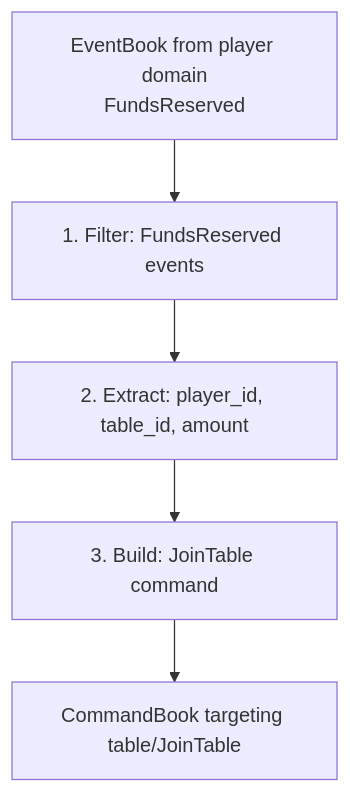
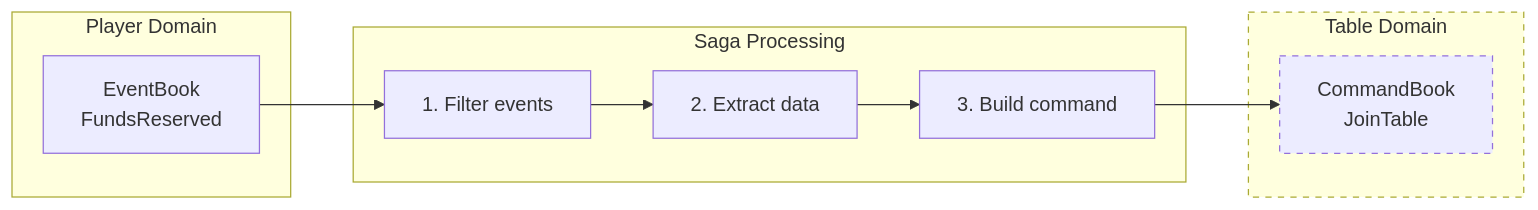
The diagram in docs/docs/components/saga.mdx (benjaminabbitt/angzarr), drawn with Mermaid before and after one commit. The commit also changed other lines of this file and 1 other file, not shown here.

Commit message:
Add dashed target domain to saga diagrams with explanatory notes

````diff
--- a/docs/docs/components/saga.mdx
+++ b/docs/docs/components/saga.mdx
@@ -39,10 +39,23 @@
 ```mermaid
-flowchart TB
-    Input[EventBook from player domain<br/>FundsReserved]
-    Filter[1. Filter: FundsReserved events]
-    Extract[2. Extract: player_id, table_id, amount]
-    Build[3. Build: JoinTable command]
-    Output[CommandBook targeting table/JoinTable]
+flowchart LR
+    subgraph DomainA[Player Domain]
+        Input[EventBook<br/>FundsReserved]
+    end
 
-    Input --> Filter --> Extract --> Build --> Output
+    subgraph Saga[Saga Processing]
+        Filter[1. Filter events]
+        Extract[2. Extract data]
+        Build[3. Build command]
+        Filter --> Extract --> Build
+    end
+
+    subgraph DomainB[Table Domain]
+        Output[CommandBook<br/>JoinTable]
+    end
+
+    Input --> Filter
+    Build --> Output
+
+    style DomainB stroke-dasharray: 5 5
+    style Output stroke-dasharray: 5 5
 ```
````
